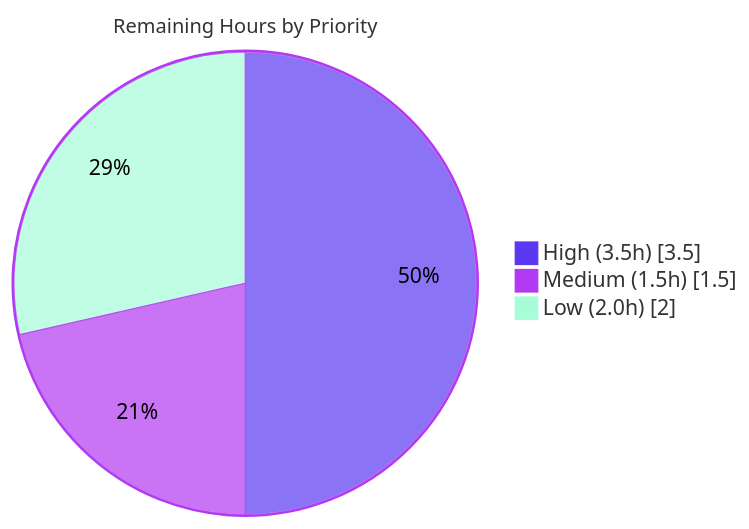
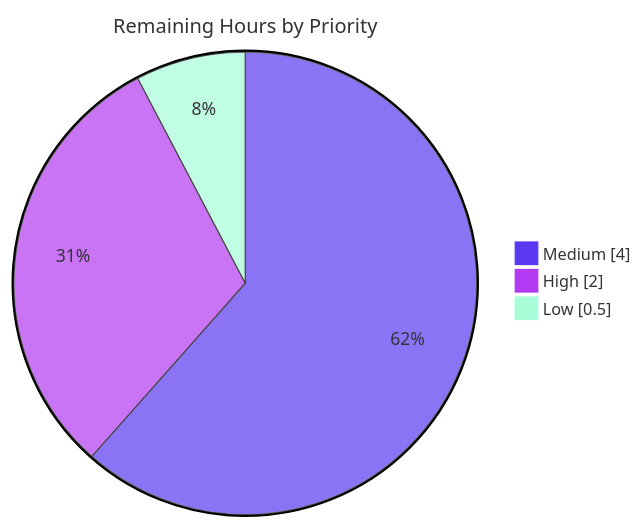
Before and after one commit to ajitblitzy/Society_Mngt_26-Jun-2026-Afternoon: the third of 3 diagrams in blitzy/documentation/Project Guide.md, drawn with Mermaid. The commit also changed other lines of this file, not shown here.

````diff
--- a/blitzy/documentation/Project Guide.md
+++ b/blitzy/documentation/Project Guide.md
@@ -228,7 +206,7 @@
 ```mermaid
-%%{init: {'theme':'base', 'themeVariables': {'pie1':'#5B39F3','pie2':'#B23AF2','pie3':'#A8FDD9','pieStrokeColor':'#B23AF2','pieOuterStrokeColor':'#B23AF2','pieSectionTextColor':'#000000','pieStrokeWidth':'1px','pieTitleTextSize':'16px'}}}%%
+%%{init: {'theme':'base','themeVariables':{'pie1':'#5B39F3','pie2':'#B23AF2','pie3':'#A8FDD9','pieStrokeColor':'#333333','pieStrokeWidth':'1px','pieTitleTextSize':'16px','pieSectionTextSize':'14px','pieLegendTextSize':'13px'}}}%%
 pie showData title Remaining Hours by Priority
-    "High (3.5h)" : 3.5
-    "Medium (1.5h)" : 1.5
-    "Low (2.0h)" : 2.0
+    "Medium" : 4.0
+    "High" : 2.0
+    "Low" : 0.5
 ```
````
